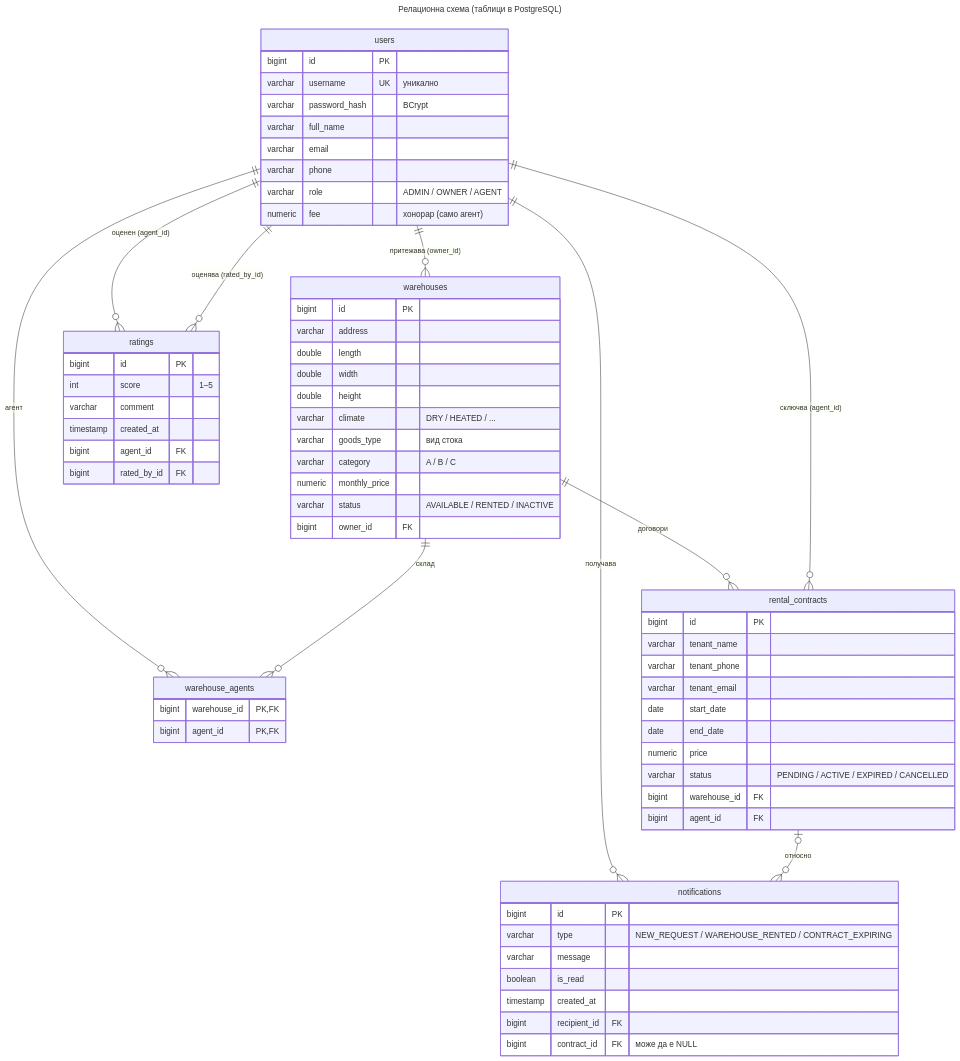
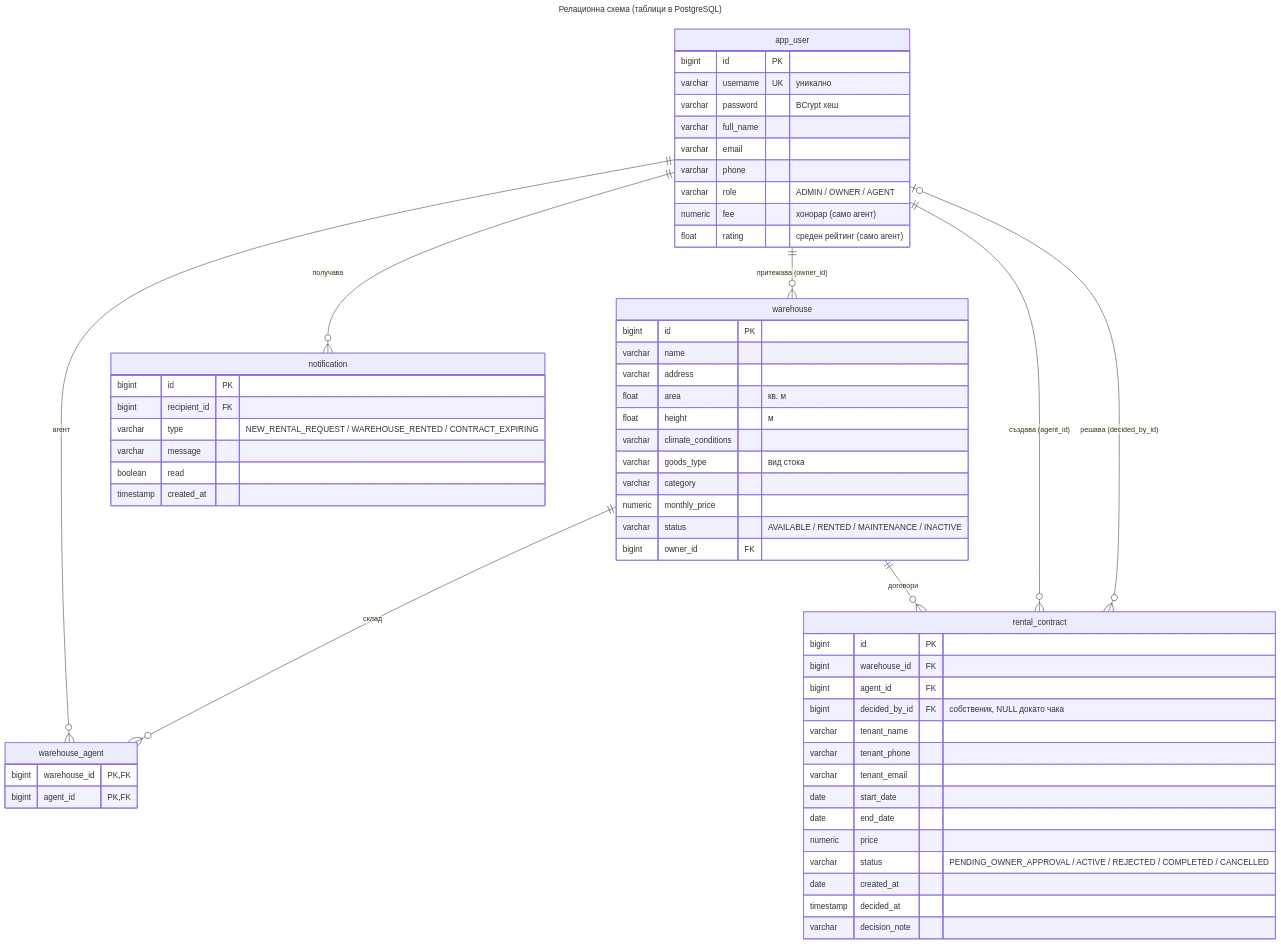
One commit to MaxiTVBG/skladove-spring changed the diagram in docs/mermaid/er-relational.mmd. Above: the diagram before and after it, drawn with Mermaid. The commit also changed 10 other files, not shown here.

Commit message:
Диаграмите обновени според entity-тата и RentalService

```diff
--- a/docs/mermaid/er-relational.mmd
+++ b/docs/mermaid/er-relational.mmd
@@ -1,70 +1,64 @@
 ---
 title: Релационна схема (таблици в PostgreSQL)
 ---
 erDiagram
-  users ||--o{ warehouses : "притежава (owner_id)"
-  users ||--o{ warehouse_agents : "агент"
-  warehouses ||--o{ warehouse_agents : "склад"
-  warehouses ||--o{ rental_contracts : "договори"
-  users ||--o{ rental_contracts : "сключва (agent_id)"
-  users ||--o{ ratings : "оценен (agent_id)"
-  users ||--o{ ratings : "оценява (rated_by_id)"
-  users ||--o{ notifications : "получава"
-  rental_contracts |o--o{ notifications : "относно"
+  app_user ||--o{ warehouse : "притежава (owner_id)"
+  app_user ||--o{ warehouse_agent : "агент"
+  warehouse ||--o{ warehouse_agent : "склад"
+  warehouse ||--o{ rental_contract : "договори"
+  app_user ||--o{ rental_contract : "създава (agent_id)"
+  app_user |o--o{ rental_contract : "решава (decided_by_id)"
+  app_user ||--o{ notification : "получава"
 
-  users {
+  app_user {
     bigint id PK
     varchar username UK "уникално"
-    varchar password_hash "BCrypt"
+    varchar password "BCrypt хеш"
     varchar full_name
     varchar email
     varchar phone
     varchar role "ADMIN / OWNER / AGENT"
     numeric fee "хонорар (само агент)"
+    float rating "среден рейтинг (само агент)"
   }
-  warehouses {
+  warehouse {
     bigint id PK
+    varchar name
     varchar address
-    double length
-    double width
-    double height
-    varchar climate "DRY / HEATED / ..."
+    float area "кв. м"
+    float height "м"
+    varchar climate_conditions
     varchar goods_type "вид стока"
-    varchar category "A / B / C"
+    varchar category
     numeric monthly_price
-    varchar status "AVAILABLE / RENTED / INACTIVE"
+    varchar status "AVAILABLE / RENTED / MAINTENANCE / INACTIVE"
     bigint owner_id FK
   }
-  warehouse_agents {
+  warehouse_agent {
     bigint warehouse_id PK,FK
     bigint agent_id PK,FK
   }
-  rental_contracts {
+  rental_contract {
     bigint id PK
+    bigint warehouse_id FK
+    bigint agent_id FK
+    bigint decided_by_id FK "собственик, NULL докато чака"
     varchar tenant_name
     varchar tenant_phone
     varchar tenant_email
     date start_date
     date end_date
     numeric price
-    varchar status "PENDING / ACTIVE / EXPIRED / CANCELLED"
-    bigint warehouse_id FK
-    bigint agent_id FK
+    varchar status "PENDING_OWNER_APPROVAL / ACTIVE / REJECTED / COMPLETED / CANCELLED"
+    date created_at
+    timestamp decided_at
+    varchar decision_note
   }
-  ratings {
+  notification {
     bigint id PK
-    int score "1–5"
-    varchar comment
+    bigint recipient_id FK
+    varchar type "NEW_RENTAL_REQUEST / WAREHOUSE_RENTED / CONTRACT_EXPIRING"
+    varchar message
+    boolean read
     timestamp created_at
-    bigint agent_id FK
-    bigint rated_by_id FK
   }
-  notifications {
-    bigint id PK
-    varchar type "NEW_REQUEST / WAREHOUSE_RENTED / CONTRACT_EXPIRING"
-    varchar message
-    boolean is_read
-    timestamp created_at
-    bigint recipient_id FK
-    bigint contract_id FK "може да е NULL"
-  }
```
